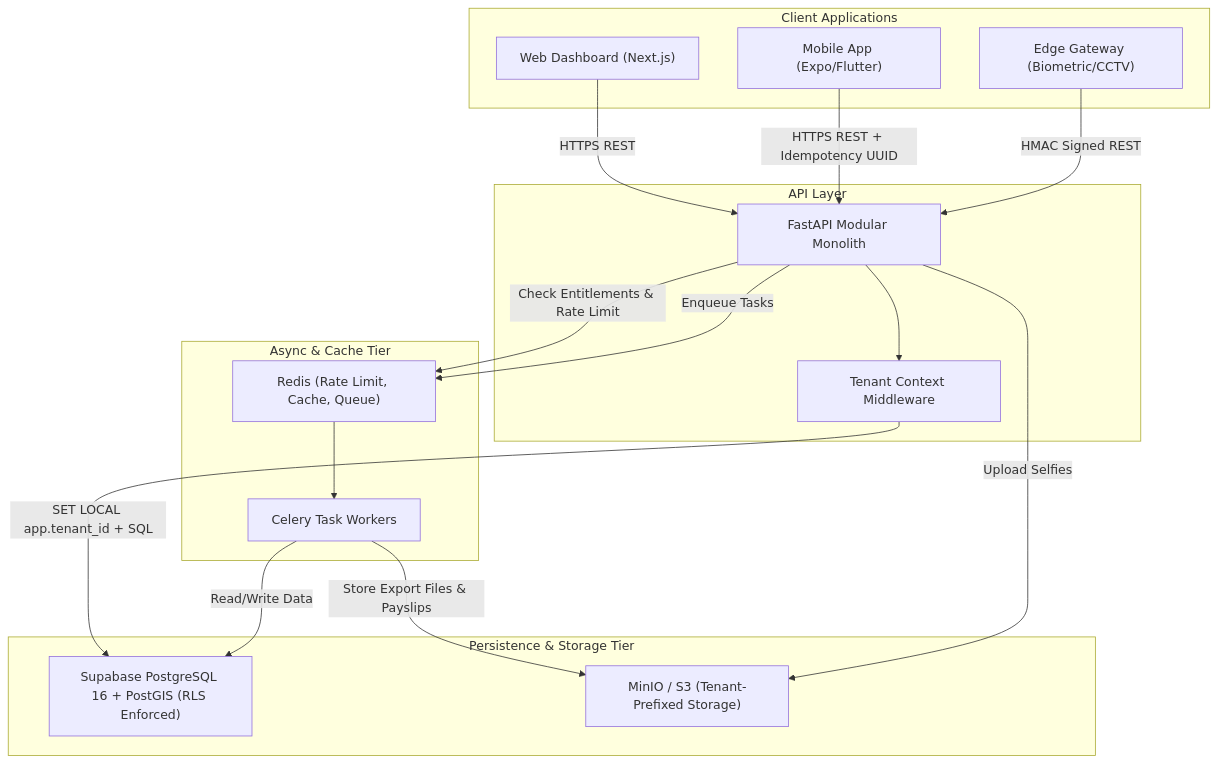
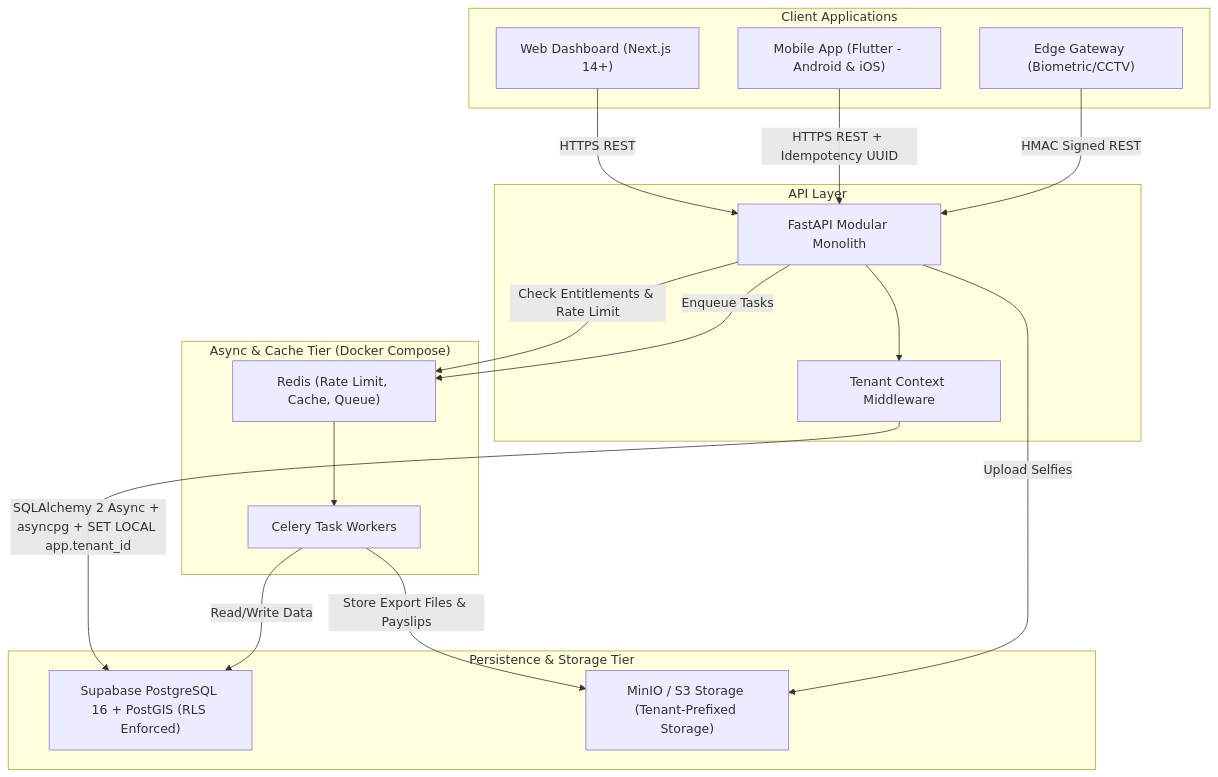
The diagram in PROJECT_CONTEXT.md (spydersupport1-boop/upostit), drawn with Mermaid before and after one commit. The commit also changed other lines of this file and 43 other files, not shown here.

Commit message:
feat(phase-01): implement monorepo layout, flutter mobile starter, fastapi health probes, and supabase connectivity verification

````diff
--- a/PROJECT_CONTEXT.md
+++ b/PROJECT_CONTEXT.md
@@ -104,36 +106,36 @@
 ```mermaid
 graph TD
     subgraph Clients ["Client Applications"]
-        Web["Web Dashboard (Next.js)"]
-        Mobile["Mobile App (Expo/Flutter)"]
+        Web["Web Dashboard (Next.js 14+)"]
+        Mobile["Mobile App (Flutter - Android & iOS)"]
         Edge["Edge Gateway (Biometric/CCTV)"]
     end
 
     subgraph API_Layer ["API Layer"]
         FastAPI["FastAPI Modular Monolith"]
         RLS_MW["Tenant Context Middleware"]
     end
 
-    subgraph Async_Tier ["Async & Cache Tier"]
+    subgraph Async_Tier ["Async & Cache Tier (Docker Compose)"]
         Redis["Redis (Rate Limit, Cache, Queue)"]
         Celery["Celery Task Workers"]
     end
 
     subgraph Storage_Tier ["Persistence & Storage Tier"]
         DB["Supabase PostgreSQL 16 + PostGIS (RLS Enforced)"]
-        MinIO["MinIO / S3 (Tenant-Prefixed Storage)"]
+        MinIO["MinIO / S3 Storage (Tenant-Prefixed Storage)"]
     end
 
     Web -->|HTTPS REST| FastAPI
     Mobile -->|HTTPS REST + Idempotency UUID| FastAPI
     Edge -->|HMAC Signed REST| FastAPI
 
     FastAPI --> RLS_MW
-    RLS_MW -->|SET LOCAL app.tenant_id + SQL| DB
+    RLS_MW -->|SQLAlchemy 2 Async + asyncpg + SET LOCAL app.tenant_id| DB
     FastAPI -->|Check Entitlements & Rate Limit| Redis
     FastAPI -->|Enqueue Tasks| Redis
     Redis --> Celery
     Celery -->|Read/Write Data| DB
     Celery -->|Store Export Files & Payslips| MinIO
     FastAPI -->|Upload Selfies| MinIO
 ```
````
